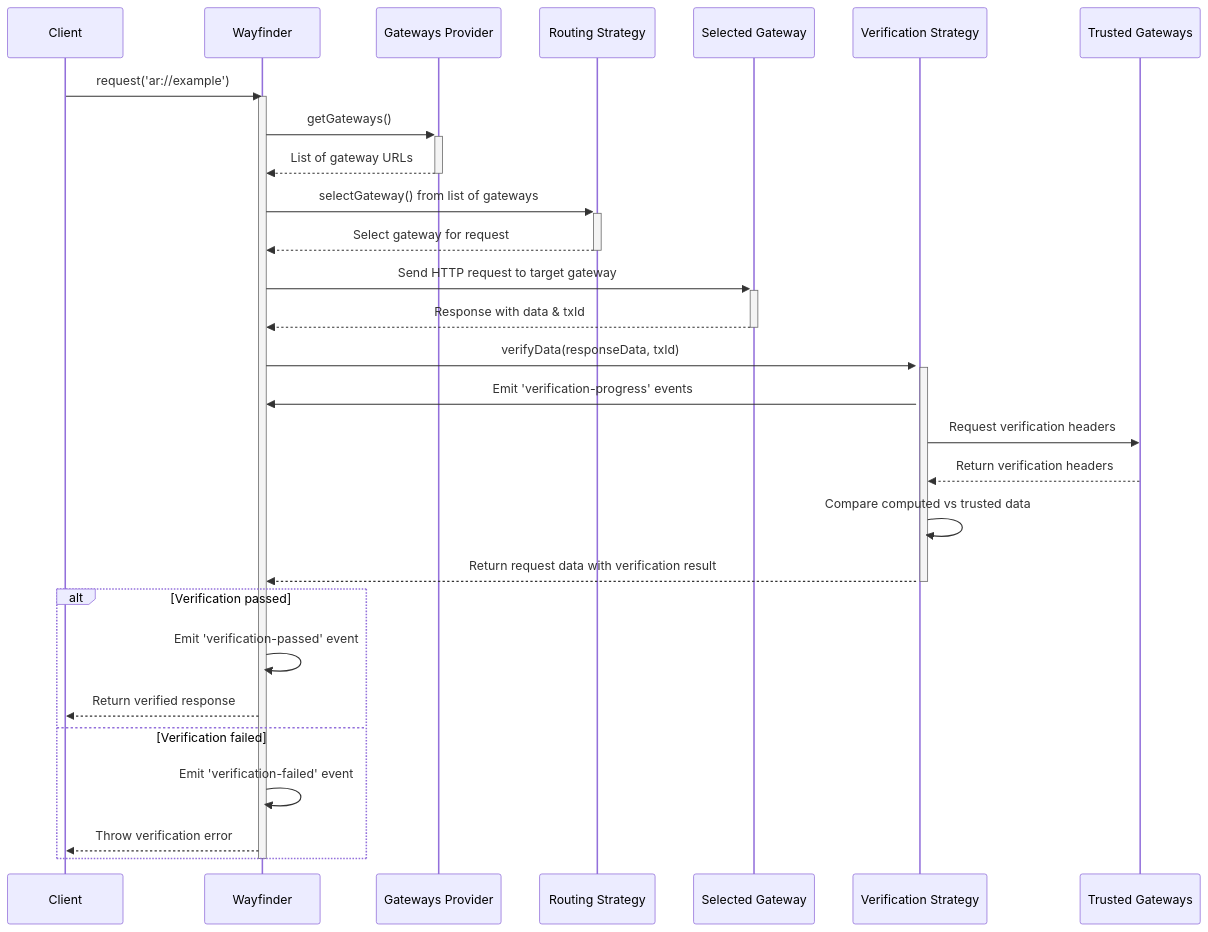
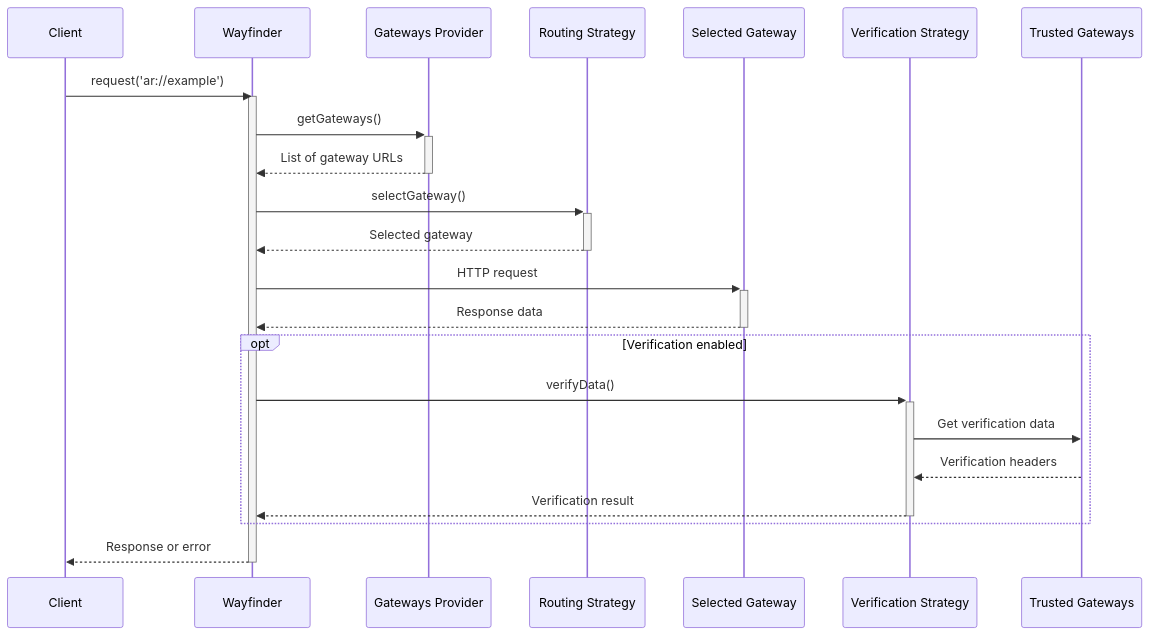
One commit to ar-io/docs changed the diagram in content/sdks/wayfinder/wayfinder-core/request-flow.mdx. Above: the diagram before and after it, drawn with Mermaid. The commit also changed other lines of this file and 38 other files, not shown here.

````diff
--- a/content/sdks/wayfinder/wayfinder-core/request-flow.mdx
+++ b/content/sdks/wayfinder/wayfinder-core/request-flow.mdx
@@ -8,40 +6,32 @@
 ```mermaid
 sequenceDiagram
     participant Client
     participant Wayfinder
     participant Gateways Provider
     participant Routing Strategy
     participant Selected Gateway
     participant Verification Strategy
     participant Trusted Gateways
 
     Client->>Wayfinder: request('ar://example')
     activate Wayfinder
 
     Wayfinder->>+Gateways Provider: getGateways()
     Gateways Provider-->>-Wayfinder: List of gateway URLs
 
-    Wayfinder->>+Routing Strategy: selectGateway() from list of gateways
-    Routing Strategy-->>-Wayfinder: Select gateway for request
+    Wayfinder->>+Routing Strategy: selectGateway()
+    Routing Strategy-->>-Wayfinder: Selected gateway
 
-    Wayfinder->>+Selected Gateway: Send HTTP request to target gateway
-    Selected Gateway-->>-Wayfinder: Response with data & txId
+    Wayfinder->>+Selected Gateway: HTTP request
+    Selected Gateway-->>-Wayfinder: Response data
 
-    activate Verification Strategy
-    Wayfinder->>+Verification Strategy: verifyData(responseData, txId)
-    Verification Strategy->>Wayfinder: Emit 'verification-progress' events
-    Verification Strategy->>Trusted Gateways: Request verification headers
-    Trusted Gateways-->>Verification Strategy: Return verification headers
-    Verification Strategy->>Verification Strategy: Compare computed vs trusted data
-    Verification Strategy-->>-Wayfinder: Return request data with verification result
-
-    alt Verification passed
-        Wayfinder->>Wayfinder: Emit 'verification-passed' event
-        Wayfinder-->>Client: Return verified response
-    else Verification failed
-        Wayfinder->>Wayfinder: Emit 'verification-failed' event
-        Wayfinder-->>Client: Throw verification error
+    opt Verification enabled
+        Wayfinder->>+Verification Strategy: verifyData()
+        Verification Strategy->>Trusted Gateways: Get verification data
+        Trusted Gateways-->>Verification Strategy: Verification headers
+        Verification Strategy-->>-Wayfinder: Verification result
     end
 
+    Wayfinder-->>Client: Response or error
     deactivate Wayfinder
 ```
````
